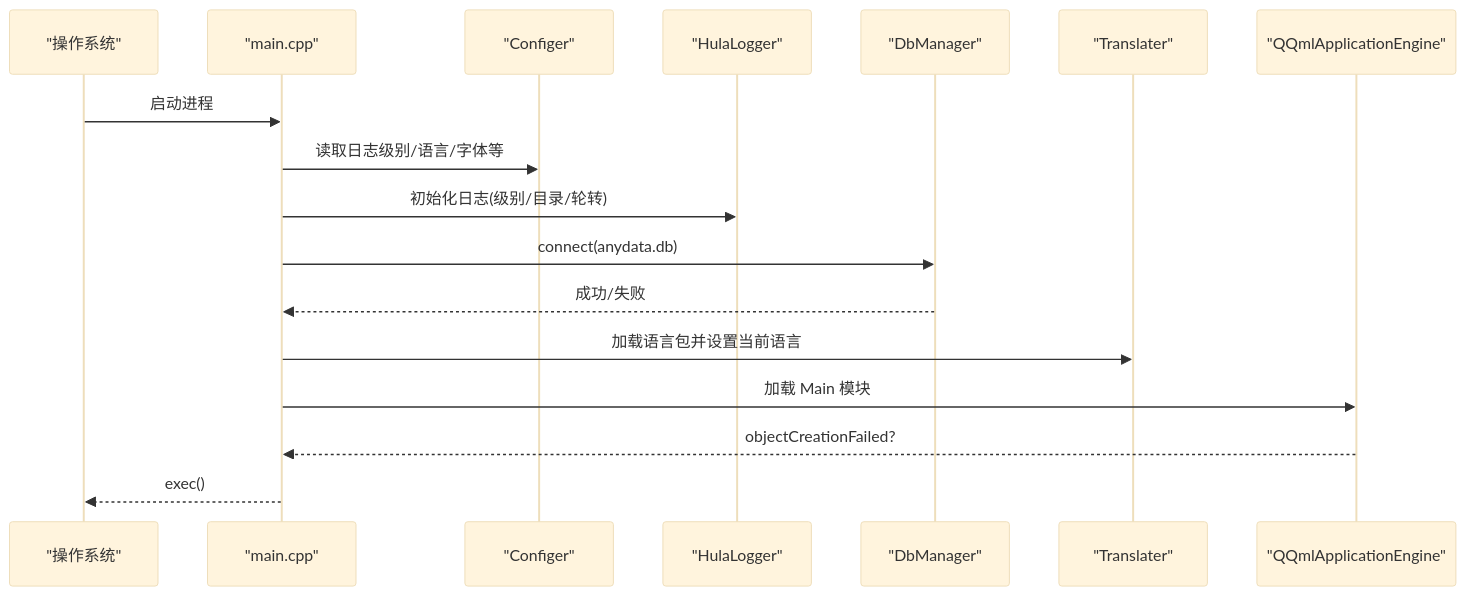
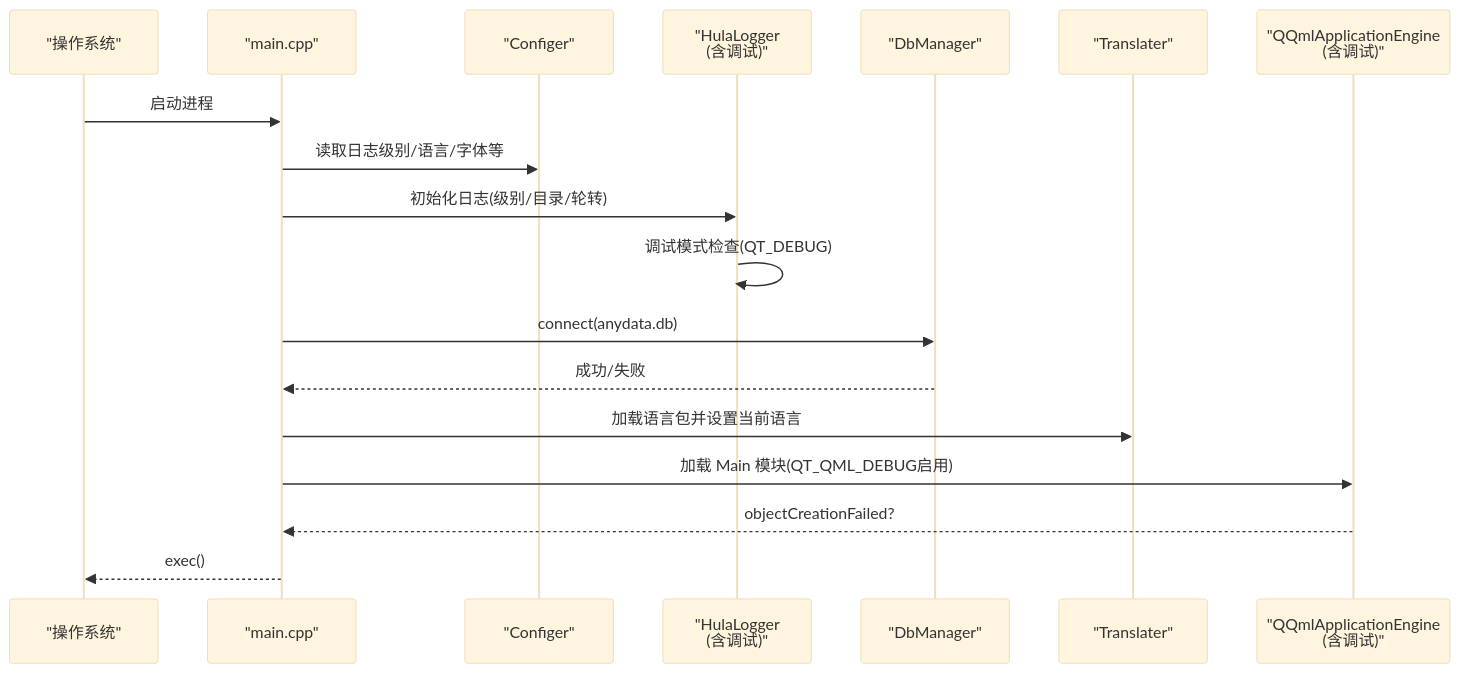
Before and after one commit to ihula/QmlPlugins: the second of 4 diagrams in .qoder/repowiki/zh/content/故障排除/故障排除.md, drawn with Mermaid (base theme). The commit also changed other lines of this file and 13 other files, not shown here.

````diff
--- a/.qoder/repowiki/zh/content/故障排除/故障排除.md
+++ b/.qoder/repowiki/zh/content/故障排除/故障排除.md
@@ -109,19 +121,20 @@
 ```mermaid
 sequenceDiagram
 participant OS as "操作系统"
 participant App as "main.cpp"
 participant Cfg as "Configer"
-participant Log as "HulaLogger"
+participant Log as "HulaLogger<br/>(含调试)"
 participant DB as "DbManager"
 participant T as "Translater"
-participant Eng as "QQmlApplicationEngine"
+participant Eng as "QQmlApplicationEngine<br/>(含调试)"
 OS->>App : 启动进程
 App->>Cfg : 读取日志级别/语言/字体等
 App->>Log : 初始化日志(级别/目录/轮转)
+Log->>Log : 调试模式检查(QT_DEBUG)
 App->>DB : connect(anydata.db)
 DB-->>App : 成功/失败
 App->>T : 加载语言包并设置当前语言
-App->>Eng : 加载 Main 模块
+App->>Eng : 加载 Main 模块(QT_QML_DEBUG启用)
 Eng-->>App : objectCreationFailed?
 App-->>OS : exec()
 ```
````
